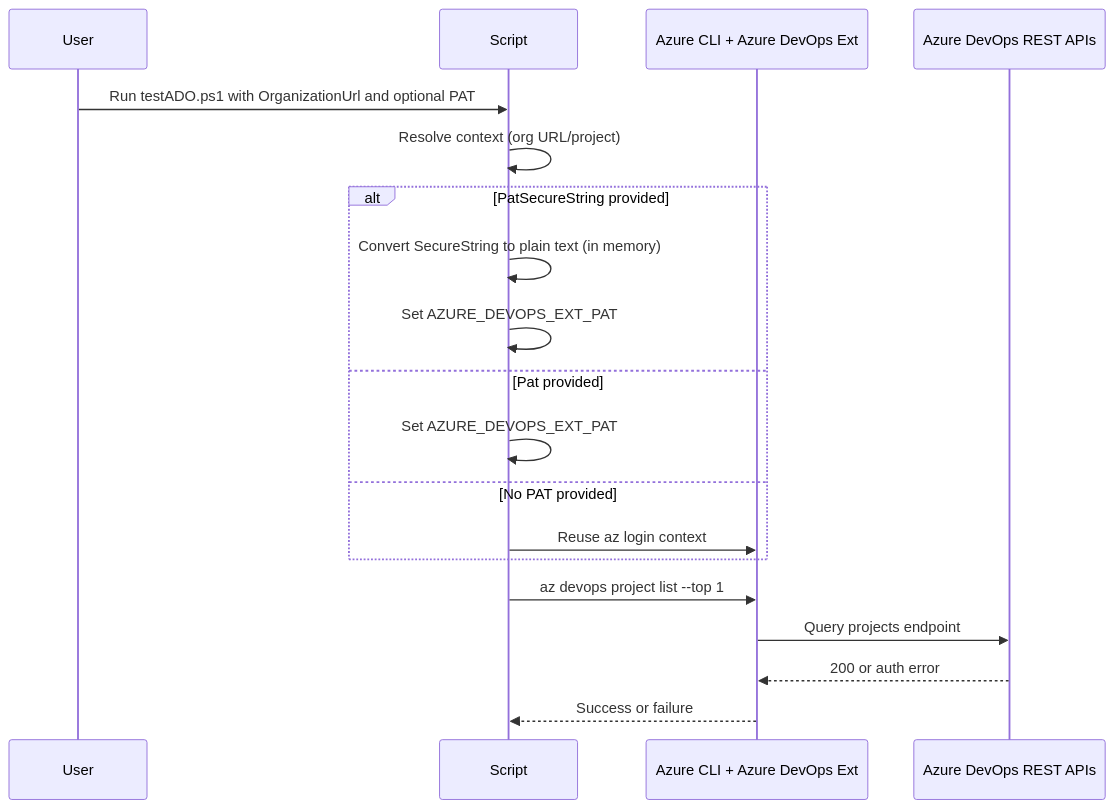
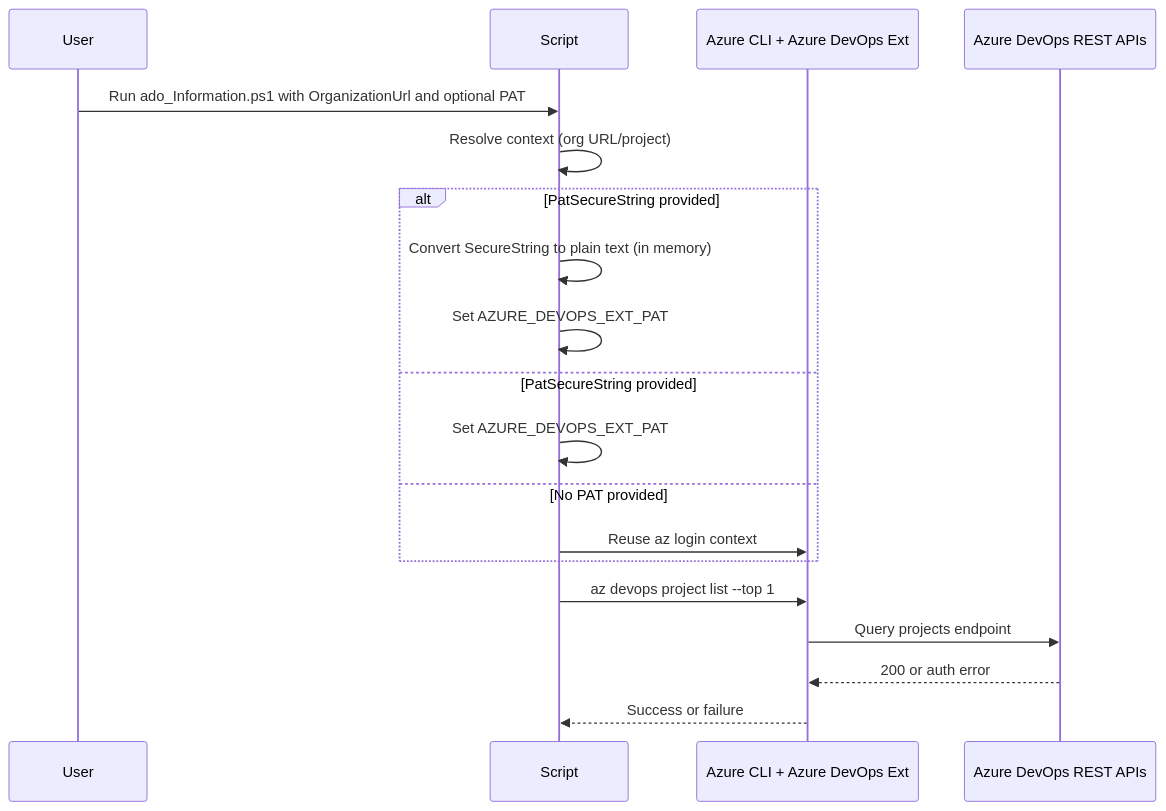
Before and after one commit to dev-advocacy/AdoPerm: the second of 3 diagrams in implementation.md, drawn with Mermaid. The commit also changed other lines of this file and 10 other files, not shown here.

````diff
--- a/implementation.md
+++ b/implementation.md
@@ -74,22 +72,22 @@
 ```mermaid
 sequenceDiagram
     participant User
     participant Script
     participant AZCLI as Azure CLI + Azure DevOps Ext
     participant ADO as Azure DevOps REST APIs
 
-    User->>Script: Run testADO.ps1 with OrganizationUrl and optional PAT
+    User->>Script: Run ado_Information.ps1 with OrganizationUrl and optional PAT
     Script->>Script: Resolve context (org URL/project)
     alt PatSecureString provided
         Script->>Script: Convert SecureString to plain text (in memory)
         Script->>Script: Set AZURE_DEVOPS_EXT_PAT
-    else Pat provided
+    else PatSecureString provided
         Script->>Script: Set AZURE_DEVOPS_EXT_PAT
     else No PAT provided
         Script->>AZCLI: Reuse az login context
     end
     Script->>AZCLI: az devops project list --top 1
     AZCLI->>ADO: Query projects endpoint
     ADO-->>AZCLI: 200 or auth error
     AZCLI-->>Script: Success or failure
 ```
````
